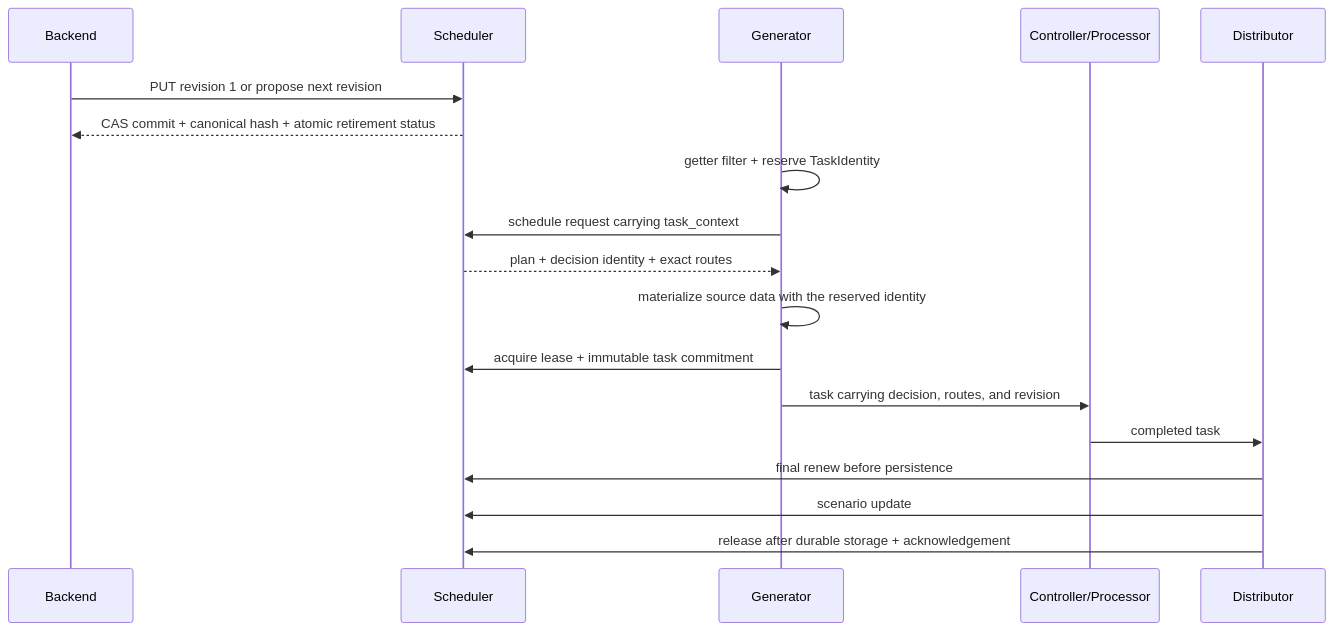
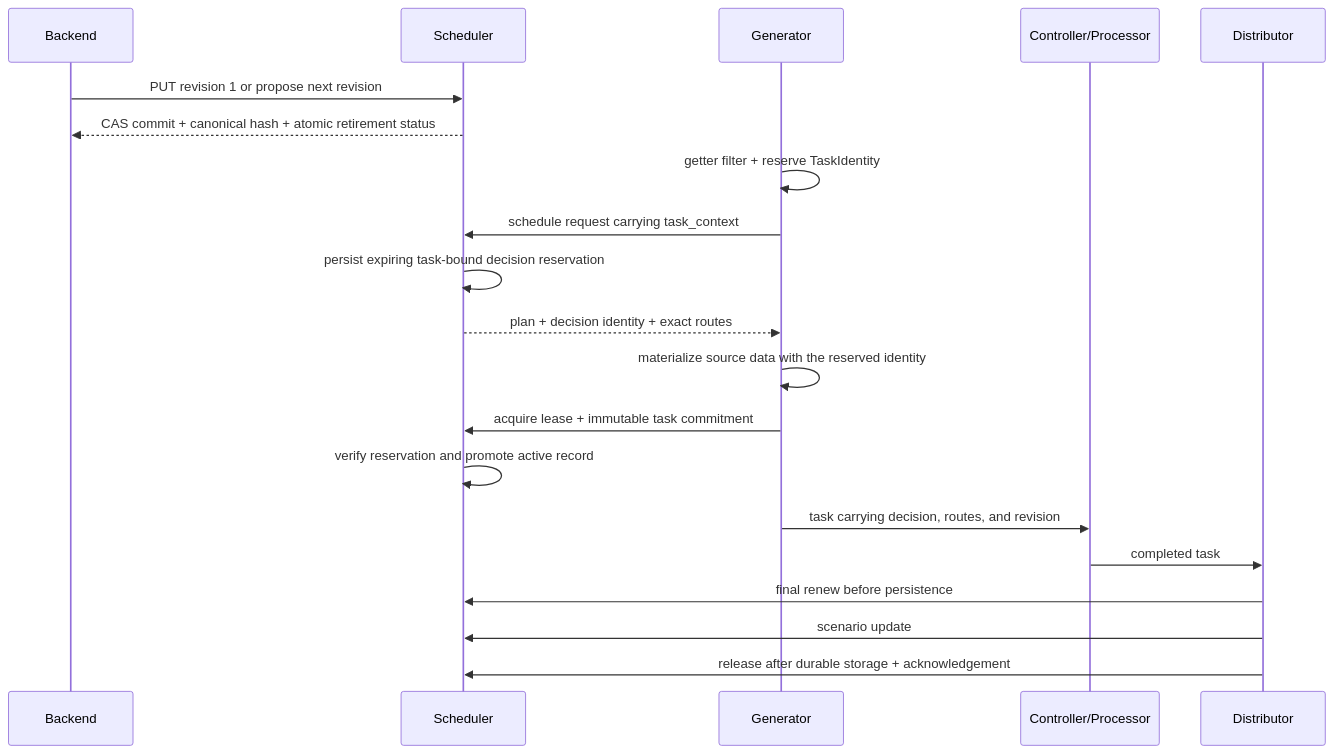
One commit to dayu-autostreamer/dayu changed the third of 4 diagrams in docs/architecture/README.md. Above: the diagram before and after it, drawn with Mermaid. The commit also changed other lines of this file and 22 other files, not shown here.

````diff
--- a/docs/architecture/README.md
+++ b/docs/architecture/README.md
@@ -163,20 +163,22 @@
 ```mermaid
 sequenceDiagram
     participant BE as Backend
     participant S as Scheduler
     participant G as Generator
     participant W as Controller/Processor
     participant D as Distributor
     BE->>S: PUT revision 1 or propose next revision
     S-->>BE: CAS commit + canonical hash + atomic retirement status
     G->>G: getter filter + reserve TaskIdentity
     G->>S: schedule request carrying task_context
+    S->>S: persist expiring task-bound decision reservation
     S-->>G: plan + decision identity + exact routes
     G->>G: materialize source data with the reserved identity
     G->>S: acquire lease + immutable task commitment
+    S->>S: verify reservation and promote active record
     G->>W: task carrying decision, routes, and revision
     W->>D: completed task
     D->>S: final renew before persistence
     D->>S: scenario update
     D->>S: release after durable storage + acknowledgement
 ```
````
